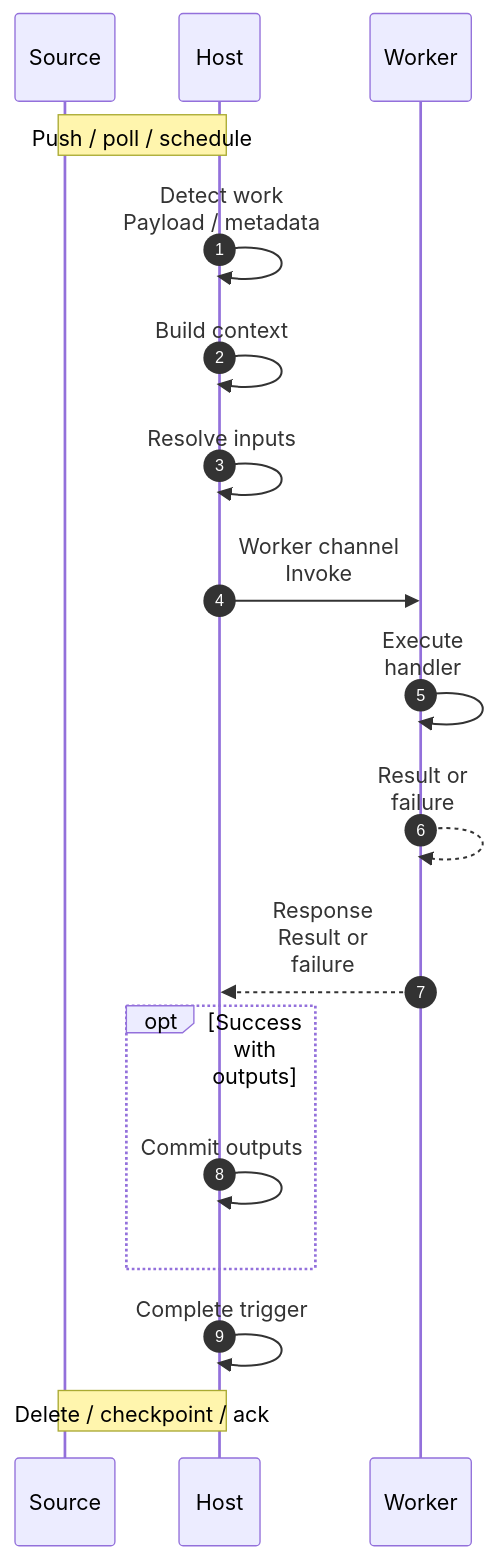
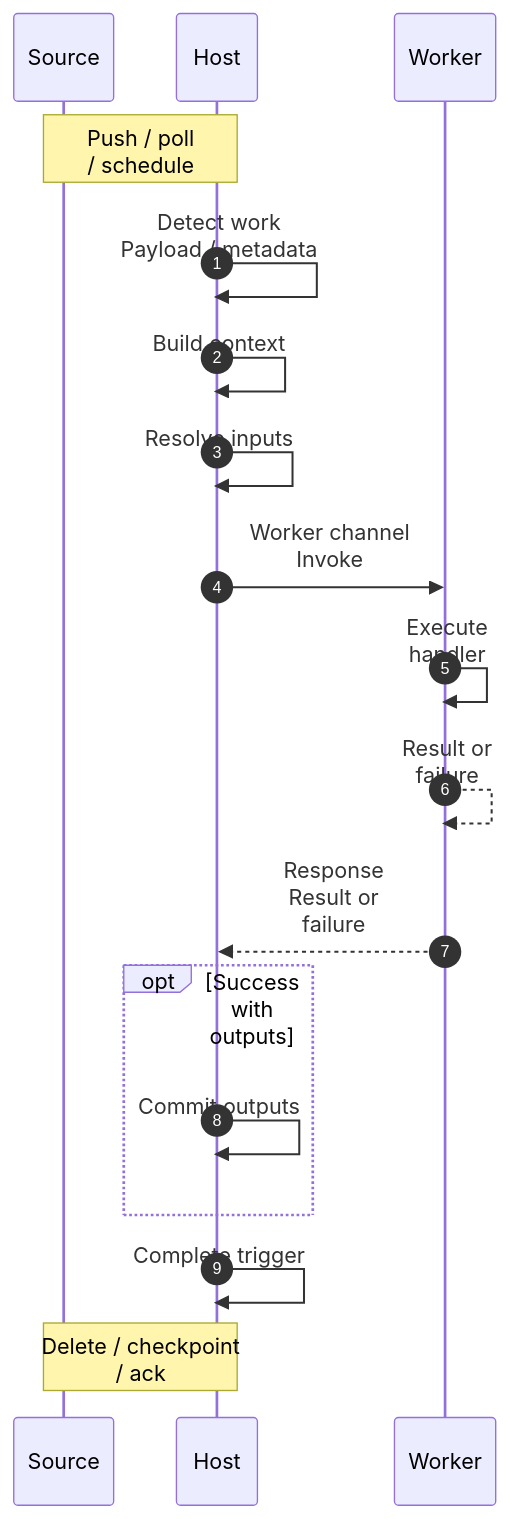
Before and after one commit to yeongseon/azure-functions-practical-guide: the fourth of 8 diagrams in docs/platform/architecture/index.md, drawn with Mermaid. The commit also changed 1 other file, not shown here.

Commit message:
docs(diagrams): contain sequence self-loops and wrap trigger notes
Keep worker self-loops within native sequence bounds and fit the two
trigger notes without changing their meaning or the other seven figures.
Refresh the matching owned manifest record; retain draft migration states.

Refs #234

````diff
--- a/docs/platform/architecture/index.md
+++ b/docs/platform/architecture/index.md
@@ -357,23 +357,23 @@
 ```mermaid
-%%{init: {'sequence': {'width': 60, 'actorMargin': 10, 'messageMargin': 20, 'noteMargin': 5, 'diagramMarginX': 0}}}%%
+%%{init: {'sequence': {'width': 60, 'actorMargin': 30, 'messageMargin': 20, 'noteMargin': 5, 'diagramMarginX': 5, 'rightAngles': true}}}%%
 sequenceDiagram
     accTitle: How do the host and worker complete an invocation?
     accDescr: Generic logical invocation with host-owned listener and bindings, and a worker executing code. Detection differs for push, polling and schedules. Result or failure returns to the host; successful output commits and trigger-specific completion are conditional, not universal queue deletion.
     autonumber
     participant client as Source
     participant app_runtime as Host
     participant language_worker as Worker
-    Note over client,app_runtime: Push / poll / schedule
+    Note over client,app_runtime: Push / poll<br/>/ schedule
     app_runtime->>app_runtime: Detect work<br/>Payload / metadata
     app_runtime->>app_runtime: Build context
     app_runtime->>app_runtime: Resolve inputs
     app_runtime->>language_worker: Worker channel<br/>Invoke
     language_worker->>language_worker: Execute<br/>handler
     language_worker-->>language_worker: Result or<br/>failure
     language_worker-->>app_runtime: Response<br/>Result or<br/>failure
     opt Success with outputs
         app_runtime->>app_runtime: Commit outputs
     end
     app_runtime->>app_runtime: Complete trigger
-    Note over client,app_runtime: Delete / checkpoint / ack
+    Note over client,app_runtime: Delete / checkpoint<br/>/ ack
 ```
````
